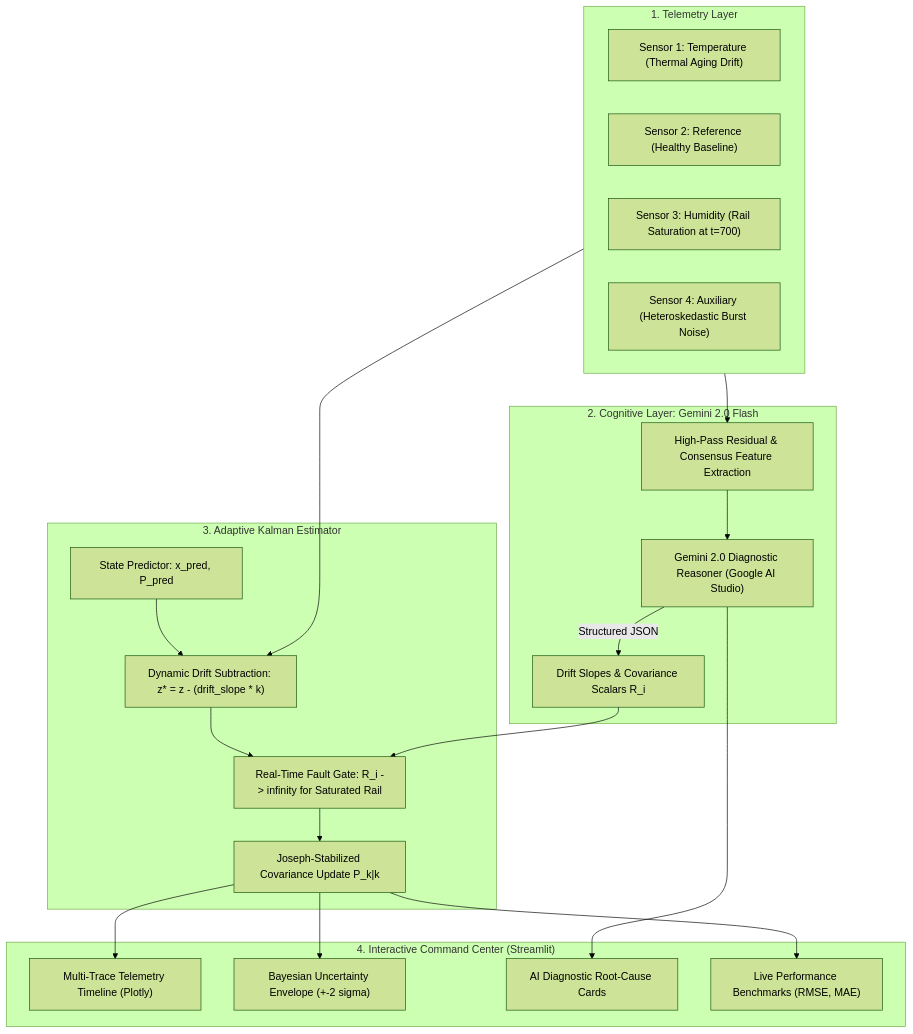
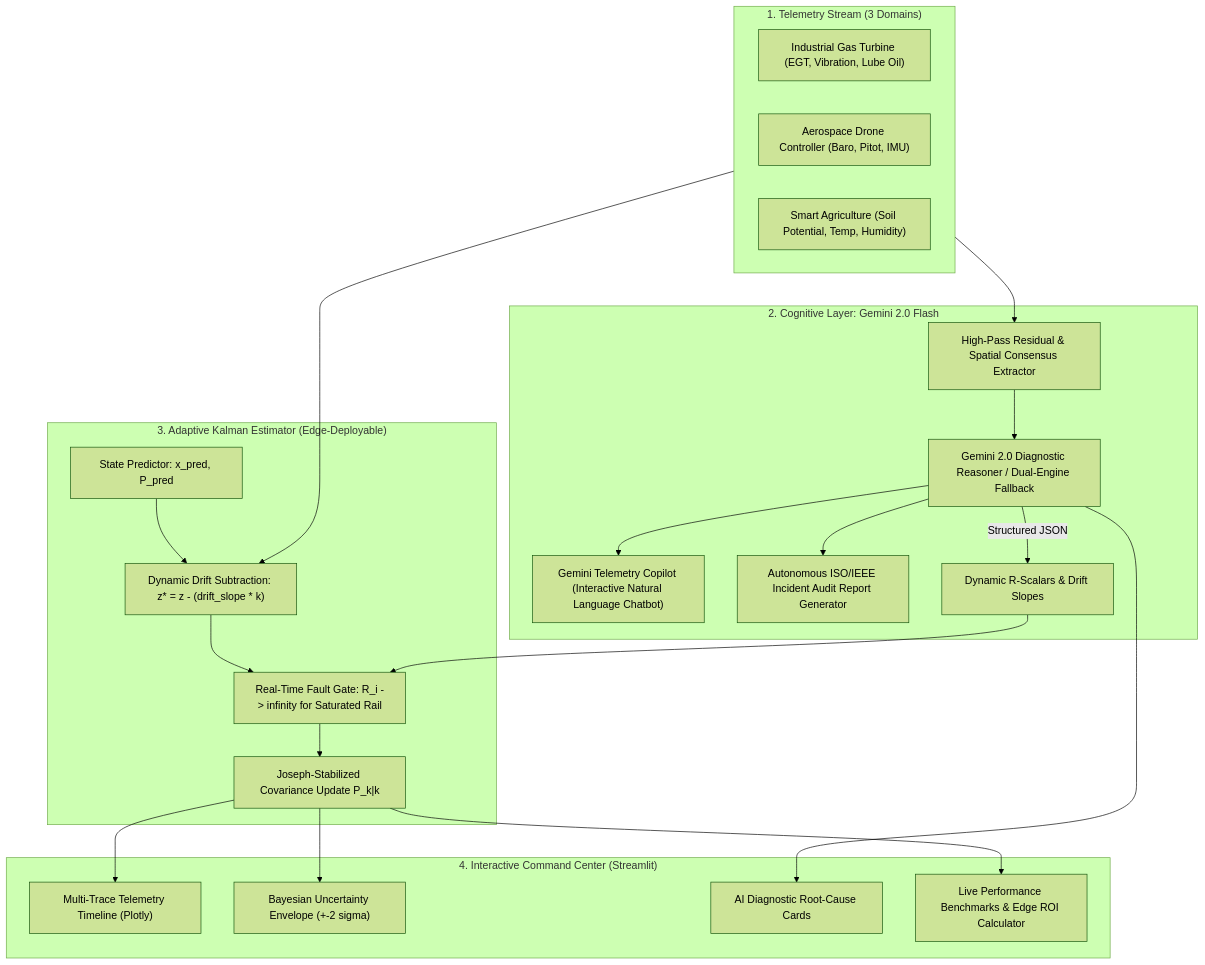
One commit to kush191008/sensor-fusion-gemini changed the diagram in README.md. Above: the diagram before and after it, drawn with Mermaid (forest theme). The commit also changed other lines of this file and 4 other files, not shown here.

Commit message:
feat: add Gemini Telemetry Copilot, multi-scenario presets, engineering audit report, and edge ROI calculator

````diff
--- a/README.md
+++ b/README.md
@@ -37,39 +42,41 @@
 ```mermaid
 flowchart TD
-    subgraph S["1. Telemetry Layer"]
-        S1["Sensor 1: Temperature (Thermal Aging Drift)"]
-        S2["Sensor 2: Reference (Healthy Baseline)"]
-        S3["Sensor 3: Humidity (Rail Saturation at t=700)"]
-        S4["Sensor 4: Auxiliary (Heteroskedastic Burst Noise)"]
+    subgraph S["1. Telemetry Stream (3 Domains)"]
+        S1["Industrial Gas Turbine (EGT, Vibration, Lube Oil)"]
+        S2["Aerospace Drone Controller (Baro, Pitot, IMU)"]
+        S3["Smart Agriculture (Soil Potential, Temp, Humidity)"]
     end
 
     subgraph C["2. Cognitive Layer: Gemini 2.0 Flash"]
-        FE["High-Pass Residual & Consensus Feature Extraction"]
-        GM["Gemini 2.0 Diagnostic Reasoner (Google AI Studio)"]
+        FE["High-Pass Residual & Spatial Consensus Extractor"]
+        GM["Gemini 2.0 Diagnostic Reasoner / Dual-Engine Fallback"]
+        CP["Gemini Telemetry Copilot (Interactive Natural Language Chatbot)"]
+        AR["Autonomous ISO/IEEE Incident Audit Report Generator"]
         FE --> GM
-        GM -->|Structured JSON| AD["Drift Slopes & Covariance Scalars R_i"]
+        GM --> CP & AR
+        GM -->|Structured JSON| AD["Dynamic R-Scalars & Drift Slopes"]
     end
 
-    subgraph K["3. Adaptive Kalman Estimator"]
+    subgraph K["3. Adaptive Kalman Estimator (Edge-Deployable)"]
         KS["State Predictor: x_pred, P_pred"]
         DC["Dynamic Drift Subtraction: z* = z - (drift_slope * k)"]
         GW["Real-Time Fault Gate: R_i -> infinity for Saturated Rail"]
         UP["Joseph-Stabilized Covariance Update P_k|k"]
         KS --> DC --> GW --> UP
     end
 
     subgraph O["4. Interactive Command Center (Streamlit)"]
         PL["Multi-Trace Telemetry Timeline (Plotly)"]
         UQ["Bayesian Uncertainty Envelope (+-2 sigma)"]
         CD["AI Diagnostic Root-Cause Cards"]
-        KP["Live Performance Benchmarks (RMSE, MAE)"]
+        KP["Live Performance Benchmarks & Edge ROI Calculator"]
     end
 
     S --> FE
     S --> DC
     AD --> GW
     UP --> PL
     UP --> UQ
     GM --> CD
     UP --> KP
 ```
````
